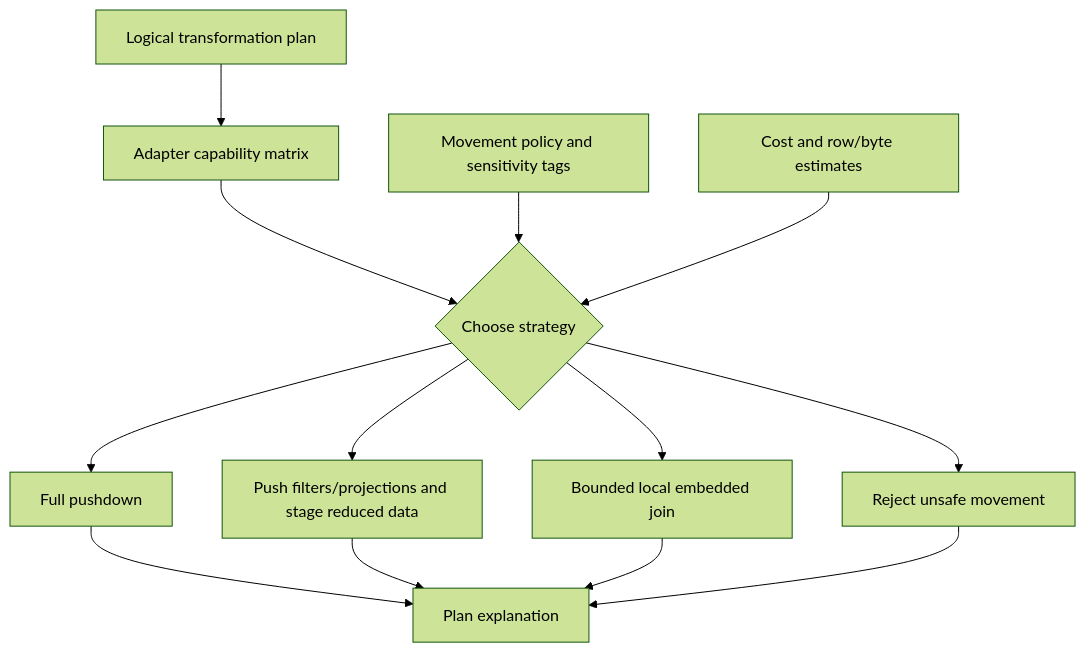
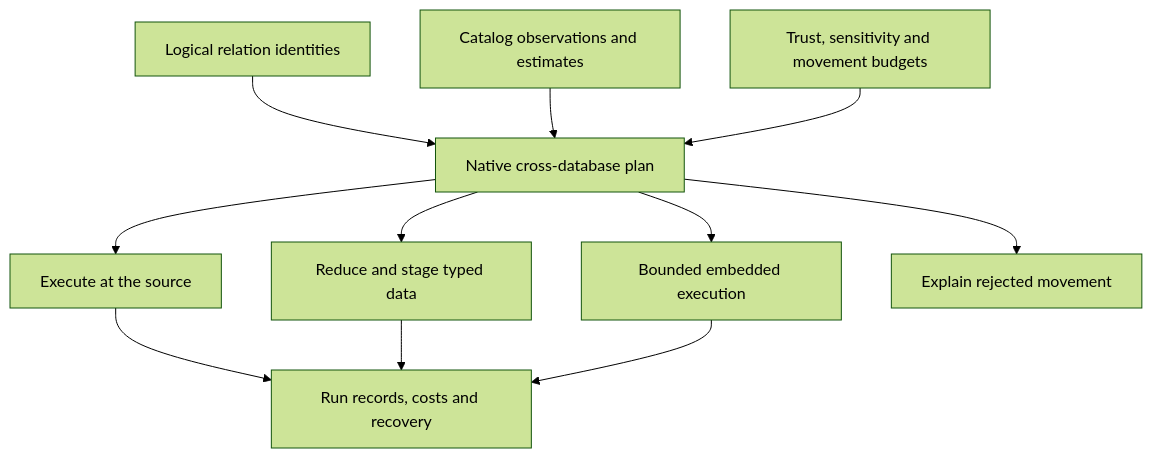
One commit to sabino/dxt changed the second of 2 diagrams in docs/ARCHITECTURE.md. Above: the diagram before and after it, drawn with Mermaid (forest theme). The commit also changed other lines of this file and 1218 other files, not shown here.

First line of the commit message:
Implement the SQL replacement roadmap for DuckDB and PostgreSQL (#221)

````diff
--- a/docs/ARCHITECTURE.md
+++ b/docs/ARCHITECTURE.md
@@ -120,15 +180,13 @@
 ```mermaid
 flowchart TD
-    LogicalPlan[Logical transformation plan] --> Capabilities[Adapter capability matrix]
-    Capabilities --> Strategies{Choose strategy}
-    Strategies --> Pushdown[Full pushdown]
-    Strategies --> Stage[Push filters/projections and stage reduced data]
-    Strategies --> Local[Bounded local embedded join]
-    Strategies --> Reject[Reject unsafe movement]
-    Policy[Movement policy and sensitivity tags] --> Strategies
-    Cost[Cost and row/byte estimates] --> Strategies
-    Pushdown --> Explain[Plan explanation]
-    Stage --> Explain
-    Local --> Explain
-    Reject --> Explain
+    Bindings[Logical relation identities] --> Plan[Native cross-database plan]
+    Catalog[Catalog observations and estimates] --> Plan
+    Policy[Trust, sensitivity and movement budgets] --> Plan
+    Plan --> Pushdown[Execute at the source]
+    Plan --> Stage[Reduce and stage typed data]
+    Plan --> Local[Bounded embedded execution]
+    Plan --> Deny[Explain rejected movement]
+    Pushdown --> Journal[Run records, costs and recovery]
+    Stage --> Journal
+    Local --> Journal
 ```
````
